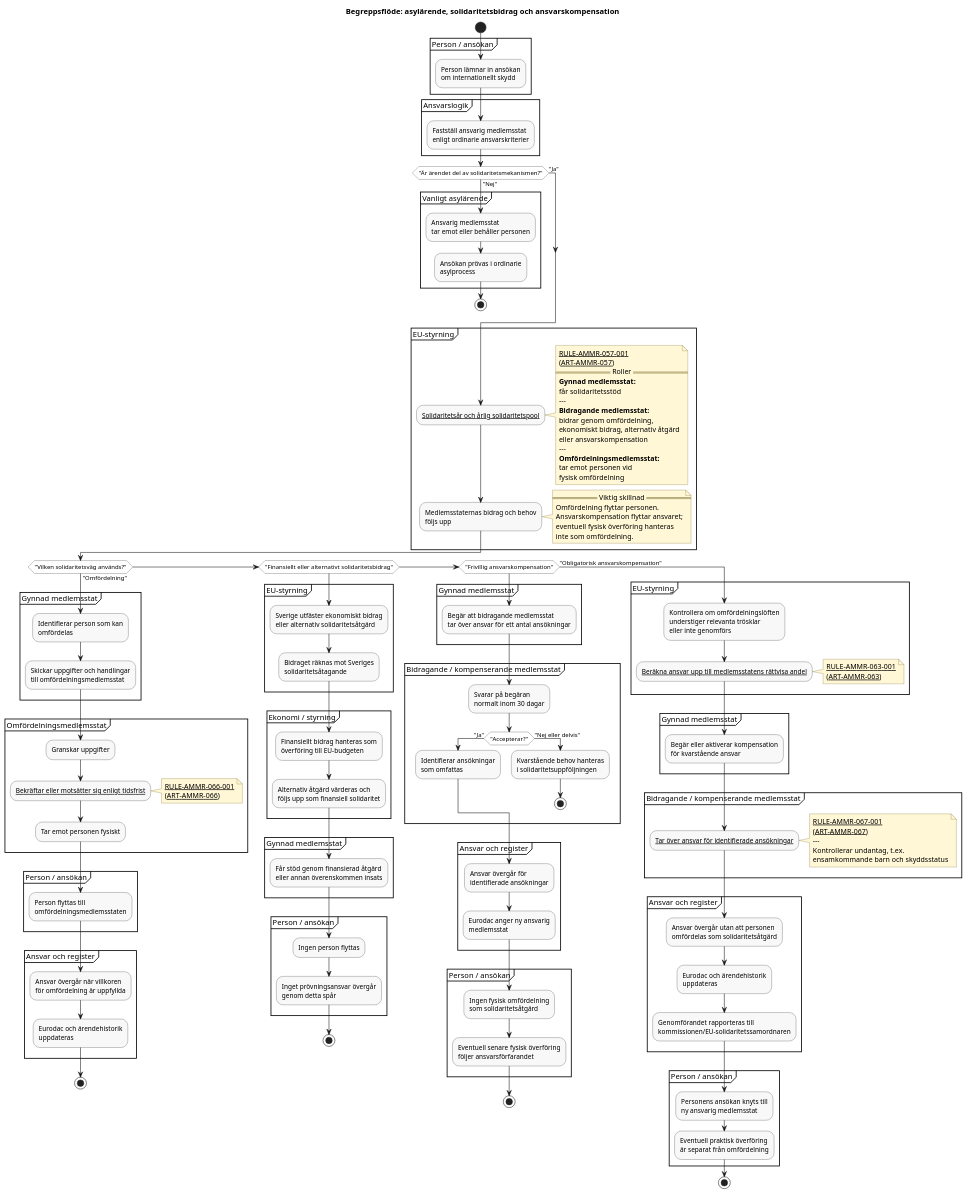
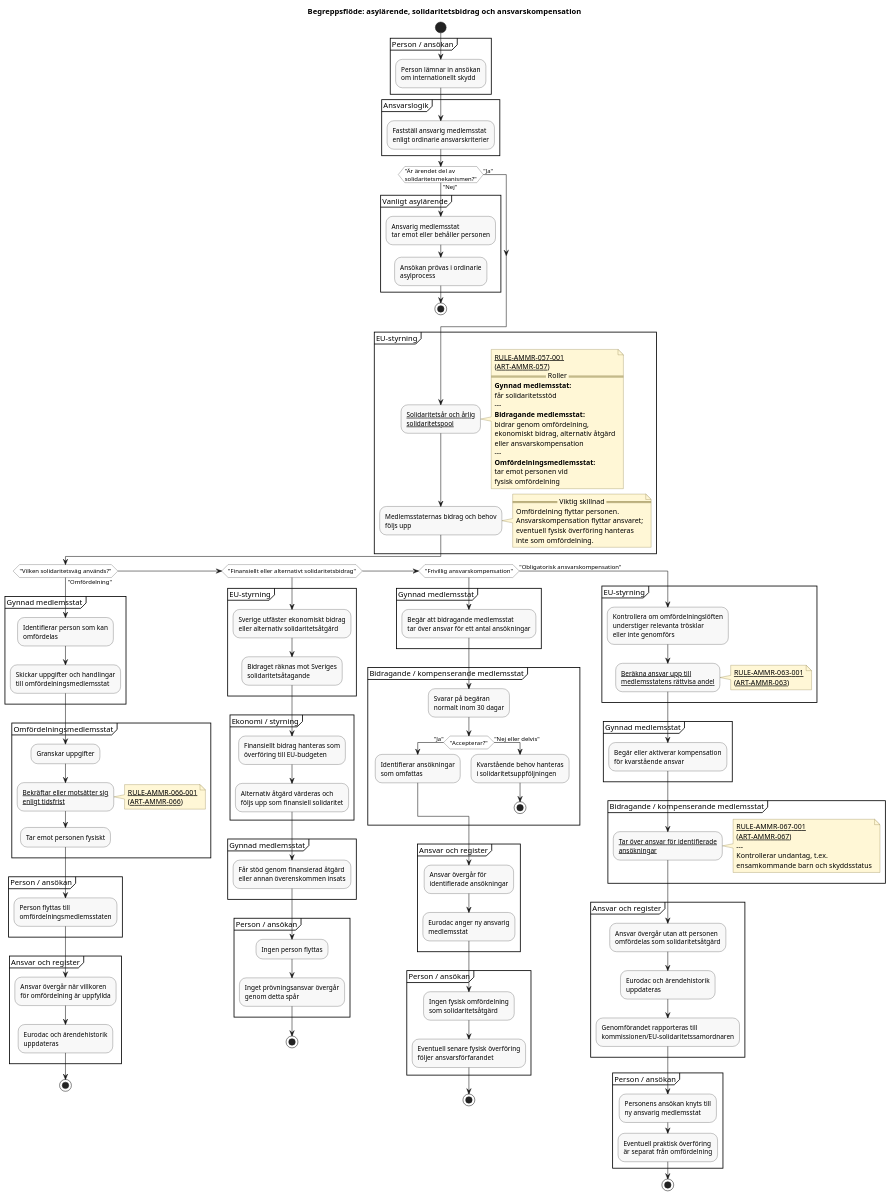
The diagram in docs/domains/solidarity/diagrams/solidarity-concept-flow.pu (chrhe894/migration_pact), drawn with PlantUML before and after one commit. The commit also changed 21 other files, not shown here.

Commit message:
Fixes long activities in pu-diagram.

```diff
--- a/docs/domains/solidarity/diagrams/solidarity-concept-flow.pu
+++ b/docs/domains/solidarity/diagrams/solidarity-concept-flow.pu
@@ -45,7 +45,7 @@
   enligt ordinarie ansvarskriterier;
 }
 
-if ("Är ärendet del av solidaritetsmekanismen?") then ("Nej")
+if ("Är ärendet del av\nsolidaritetsmekanismen?") then ("Nej")
   partition "Vanligt asylärende" {
     :Ansvarig medlemsstat
     tar emot eller behåller personen;
@@ -56,7 +56,7 @@
 endif
 
 partition "EU-styrning" {
-  :[[../rules/rule-ammr-057-001.md Solidaritetsår och årlig solidaritetspool]];
+  :[[../rules/rule-ammr-057-001.md Solidaritetsår och årlig\nsolidaritetspool]];
   note right
     [[../rules/rule-ammr-057-001.md RULE-AMMR-057-001]]
     ([[../articles/ammr-057.md ART-AMMR-057]])
@@ -93,7 +93,7 @@
 
   partition "Omfördelningsmedlemsstat" {
     :Granskar uppgifter;
-    :[[../rules/rule-ammr-066-001.md Bekräftar eller motsätter sig enligt tidsfrist]];
+    :[[../rules/rule-ammr-066-001.md Bekräftar eller motsätter sig\nenligt tidsfrist]];
     note right
       [[../rules/rule-ammr-066-001.md RULE-AMMR-066-001]]
       ([[../articles/ammr-066.md ART-AMMR-066]])
@@ -180,7 +180,7 @@
     :Kontrollera om omfördelningslöften
     understiger relevanta trösklar
     eller inte genomförs;
-    :[[../rules/rule-ammr-063-001.md Beräkna ansvar upp till medlemsstatens rättvisa andel]];
+    :[[../rules/rule-ammr-063-001.md Beräkna ansvar upp till\nmedlemsstatens rättvisa andel]];
     note right
       [[../rules/rule-ammr-063-001.md RULE-AMMR-063-001]]
       ([[../articles/ammr-063.md ART-AMMR-063]])
@@ -193,7 +193,7 @@
   }
 
   partition "Bidragande / kompenserande medlemsstat" {
-    :[[../rules/rule-ammr-067-001.md Tar över ansvar för identifierade ansökningar]];
+    :[[../rules/rule-ammr-067-001.md Tar över ansvar för identifierade\nansökningar]];
     note right
       [[../rules/rule-ammr-067-001.md RULE-AMMR-067-001]]
       ([[../articles/ammr-067.md ART-AMMR-067]])
```
